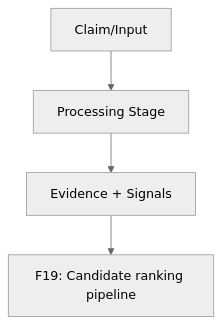
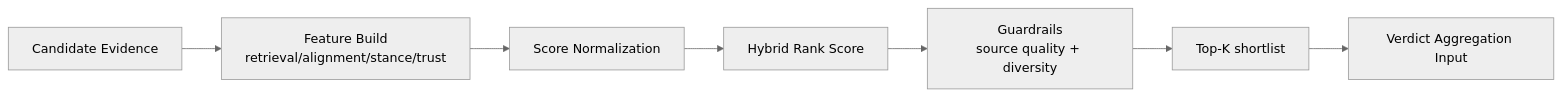
The first of 8 diagrams in methodology/figures/04-ranking-trust-and-evidence-quality-pack.md (Luxia-AI/docs), drawn with Mermaid (neutral theme) before and after one commit. The commit also changed other lines of this file and 9 other files, not shown here.

First line of the commit message:
Refactor methodology figures with updated Mermaid diagrams and enhanced clarity across multiple packs. Key changes include:

````diff
--- a/methodology/figures/04-ranking-trust-and-evidence-quality-pack.md
+++ b/methodology/figures/04-ranking-trust-and-evidence-quality-pack.md
@@ -16,6 +16,11 @@
 ```mermaid
-flowchart TD
-    A[Claim/Input] --> B[Processing Stage]
-    B --> C[Evidence + Signals]
-    C --> D[F19: Candidate ranking pipeline]
+flowchart LR
+  I[Candidate Evidence] --> F1[Feature Build
+retrieval/alignment/stance/trust]
+  F1 --> S1[Score Normalization]
+  S1 --> S2[Hybrid Rank Score]
+  S2 --> G1[Guardrails
+source quality + diversity]
+  G1 --> T[Top-K shortlist]
+  T --> O[Verdict Aggregation Input]
 ```
````
